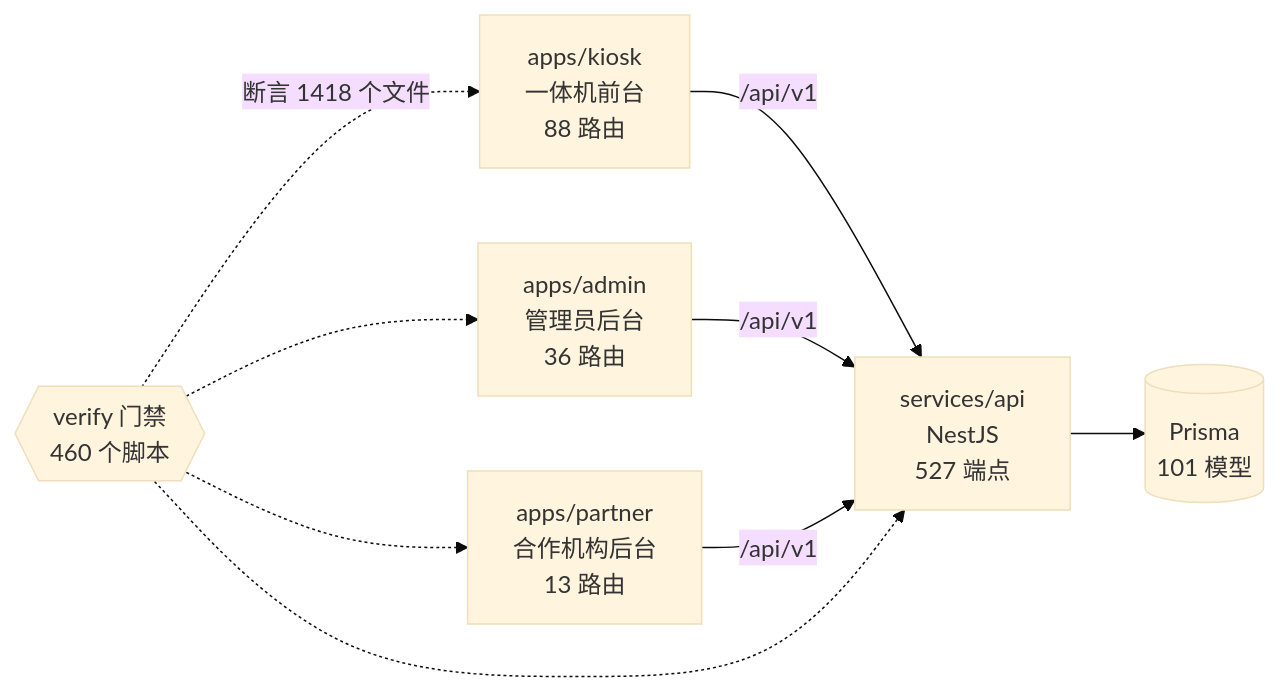
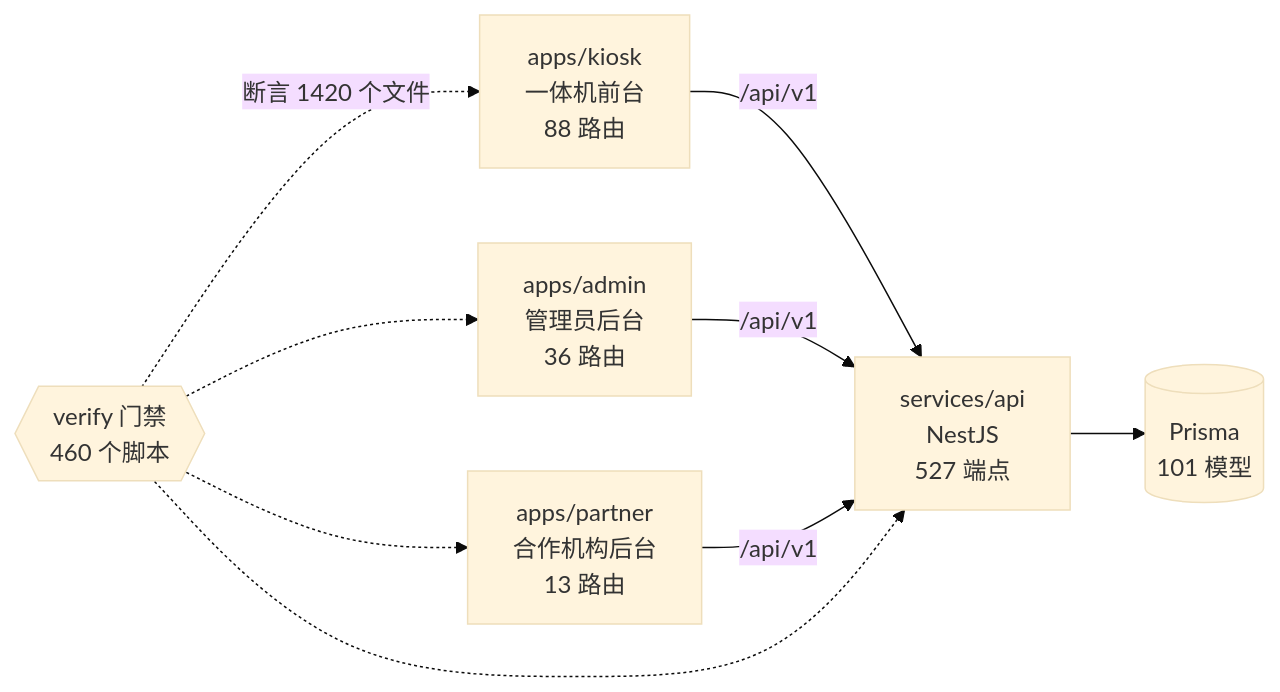
Before and after one commit to wanglei581/YITIJI: the diagram in docs/graph/README.md, drawn with Mermaid (base theme). The commit also changed other lines of this file and 6 other files, not shown here.

````diff
--- a/docs/graph/README.md
+++ b/docs/graph/README.md
@@ -68,18 +68,18 @@
 ```mermaid
 flowchart LR
   kiosk["apps/kiosk<br/>一体机前台<br/>88 路由"]
   admin["apps/admin<br/>管理员后台<br/>36 路由"]
   partner["apps/partner<br/>合作机构后台<br/>13 路由"]
   api["services/api<br/>NestJS<br/>527 端点"]
   db[("Prisma<br/>101 模型")]
   gates{{"verify 门禁<br/>460 个脚本"}}
 
   kiosk -->|"/api/v1"| api
   admin -->|"/api/v1"| api
   partner -->|"/api/v1"| api
   api --> db
-  gates -.->|"断言 1418 个文件"| kiosk
+  gates -.->|"断言 1420 个文件"| kiosk
   gates -.-> admin
   gates -.-> partner
   gates -.-> api
 ```
````
